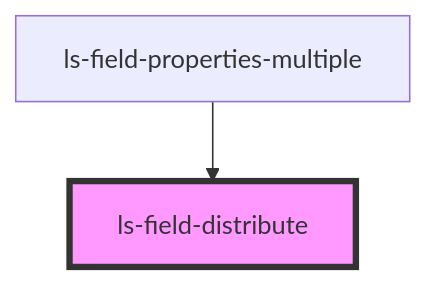
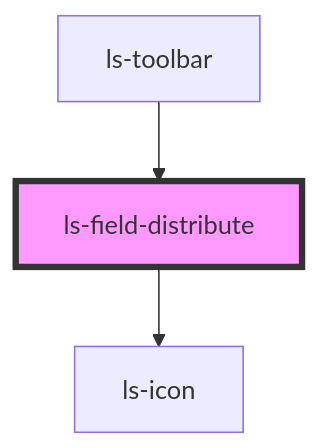
The diagram in src/components/ls-field-distribute/readme.md (legalesign/ls-document-viewer), drawn with Mermaid before and after one commit. The commit also changed other lines of this file and 37 other files, not shown here.

````diff
--- a/src/components/ls-field-distribute/readme.md
+++ b/src/components/ls-field-distribute/readme.md
@@ -30,5 +34,6 @@
 ```mermaid
 graph TD;
-  ls-field-properties-multiple --> ls-field-distribute
+  ls-field-distribute --> ls-icon
+  ls-toolbar --> ls-field-distribute
   style ls-field-distribute fill:#f9f,stroke:#333,stroke-width:4px
 ```
````
